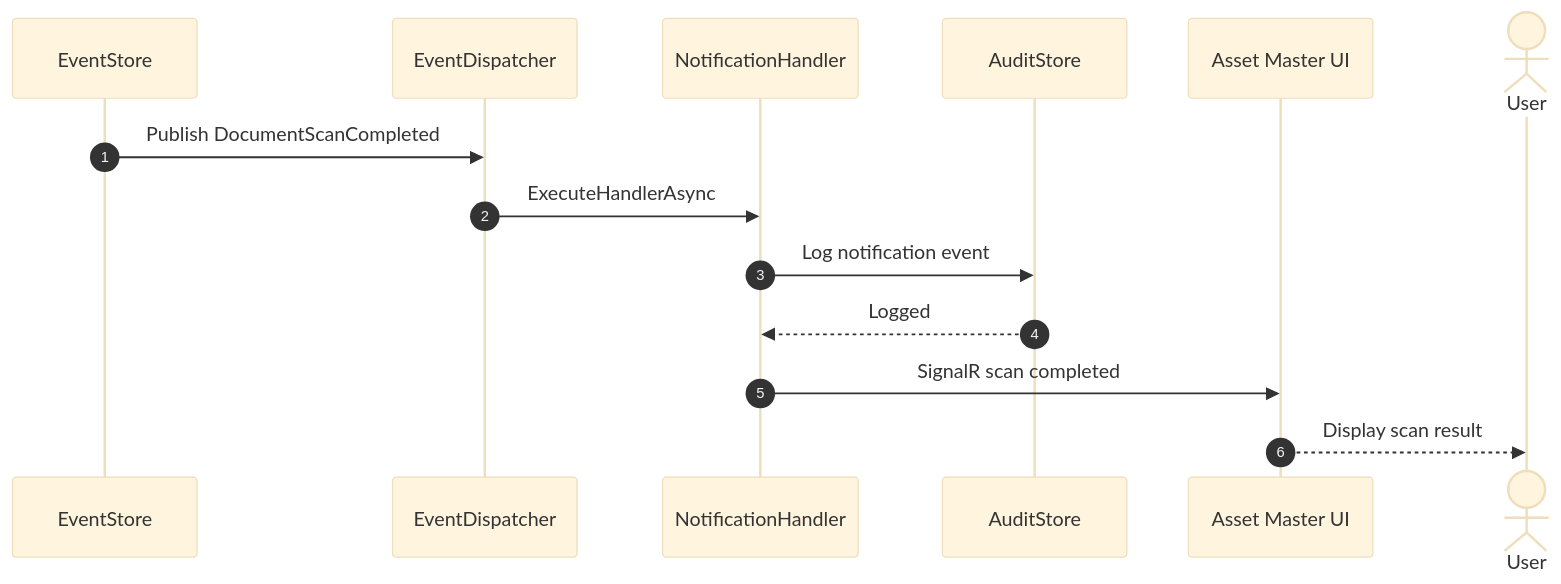
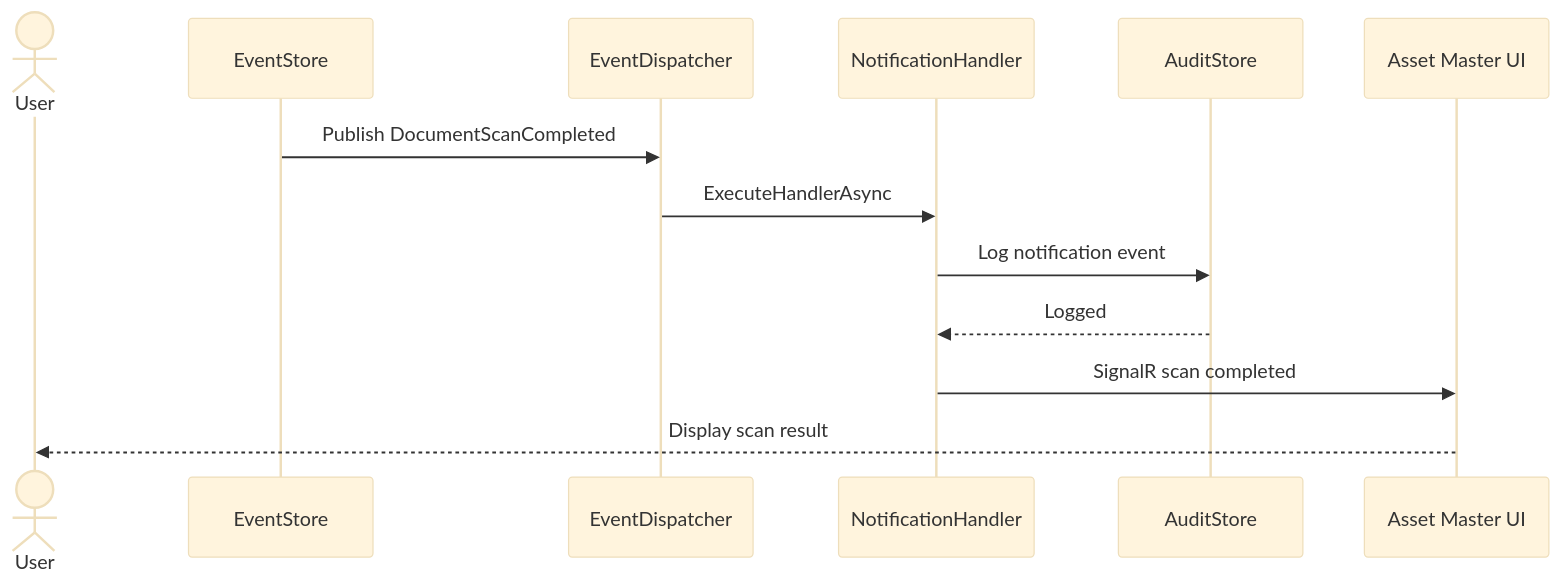
One commit to arup-ghosh-maersk/cia-lld changed the seventh of 7 diagrams in asset-management/diagrams/02_Sequence_Diagrams.md. Above: the diagram before and after it, drawn with Mermaid (base theme). The commit also changed other lines of this file, not shown here.

````diff
--- a/asset-management/diagrams/02_Sequence_Diagrams.md
+++ b/asset-management/diagrams/02_Sequence_Diagrams.md
@@ -232,19 +232,18 @@
 ```mermaid
 sequenceDiagram
-    autonumber
+    actor User
     participant ES as EventStore
     participant ED as EventDispatcher
     participant NH as NotificationHandler
     participant Audit as AuditStore
     participant UI as Asset Master UI
-    actor User
 
     ES->>ED: Publish DocumentScanCompleted
     ED->>NH: ExecuteHandlerAsync
 
     NH->>Audit: Log notification event
     Audit-->>NH: Logged
 
     NH->>UI: SignalR scan completed
     UI-->>User: Display scan result
 ```
````
